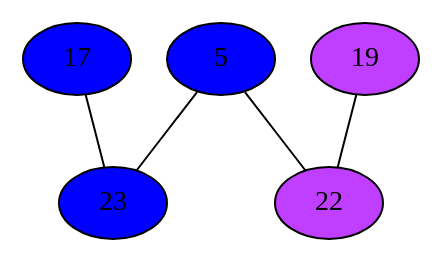
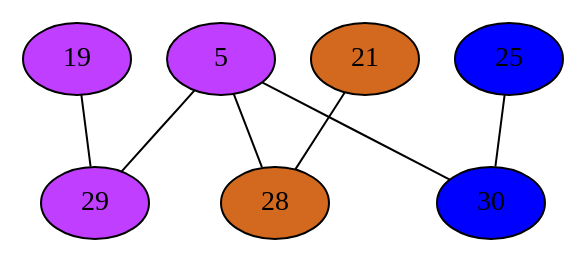
The diagram in Compiler/0phiGraph.dot (mbajaj92/Project-Astoria), drawn with Graphviz before and after one commit. The commit also changed 54 other files, not shown here.

```diff
--- a/Compiler/0phiGraph.dot
+++ b/Compiler/0phiGraph.dot
@@ -1,15 +1,21 @@
 strict graph {
-17[label="17" style=filled fillcolor="blue1"];
-17 -- 23
 19[label="19" style=filled fillcolor="darkorchid1"];
-19 -- 22
-5[label="5" style=filled fillcolor="blue1"];
-5 -- 22
-5 -- 23
-22[label="22" style=filled fillcolor="darkorchid1"];
-22 -- 19
-22 -- 5
-23[label="23" style=filled fillcolor="blue1"];
-23 -- 17
-23 -- 5
+19 -- 29
+5[label="5" style=filled fillcolor="darkorchid1"];
+5 -- 28
+5 -- 29
+5 -- 30
+21[label="21" style=filled fillcolor="chocolate"];
+21 -- 28
+25[label="25" style=filled fillcolor="blue1"];
+25 -- 30
+28[label="28" style=filled fillcolor="chocolate"];
+28 -- 5
+28 -- 21
+29[label="29" style=filled fillcolor="darkorchid1"];
+29 -- 19
+29 -- 5
+30[label="30" style=filled fillcolor="blue1"];
+30 -- 5
+30 -- 25
 }
```
